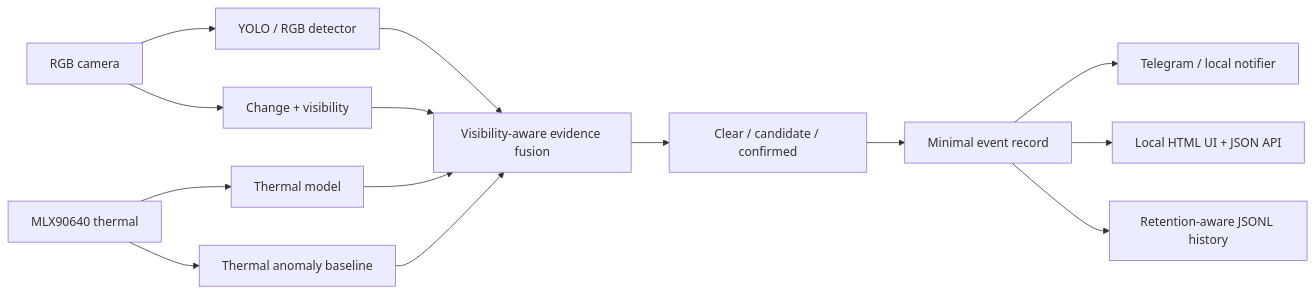
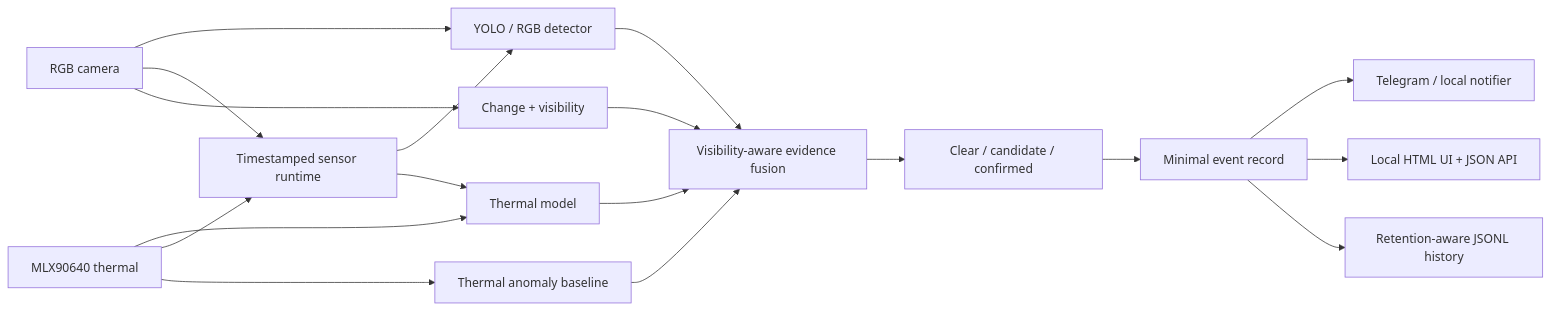
Before and after one commit to tharankanth03/VISIONSHIELD: the diagram in docs/SYSTEM-ARCHITECTURE.md, drawn with Mermaid. The commit also changed other lines of this file and 5 other files, not shown here.

First line of the commit message:
Add timestamp-safe sensor runtime

````diff
--- a/docs/SYSTEM-ARCHITECTURE.md
+++ b/docs/SYSTEM-ARCHITECTURE.md
@@ -5,16 +5,20 @@
 ```mermaid
 flowchart LR
   RGB[RGB camera] --> Y[YOLO / RGB detector]
   TH[MLX90640 thermal] --> T[Thermal model]
+  RGB --> RS[Timestamped sensor runtime]
+  TH --> RS
+  RS --> Y
+  RS --> T
   TH --> A[Thermal anomaly baseline]
   Y --> F[Visibility-aware evidence fusion]
   T --> F
   A --> F
   RGB --> C[Change + visibility]
   C --> F
   F --> S[Clear / candidate / confirmed]
   S --> E[Minimal event record]
   E --> N[Telegram / local notifier]
   E --> U[Local HTML UI + JSON API]
   E --> H[Retention-aware JSONL history]
 ```
````
